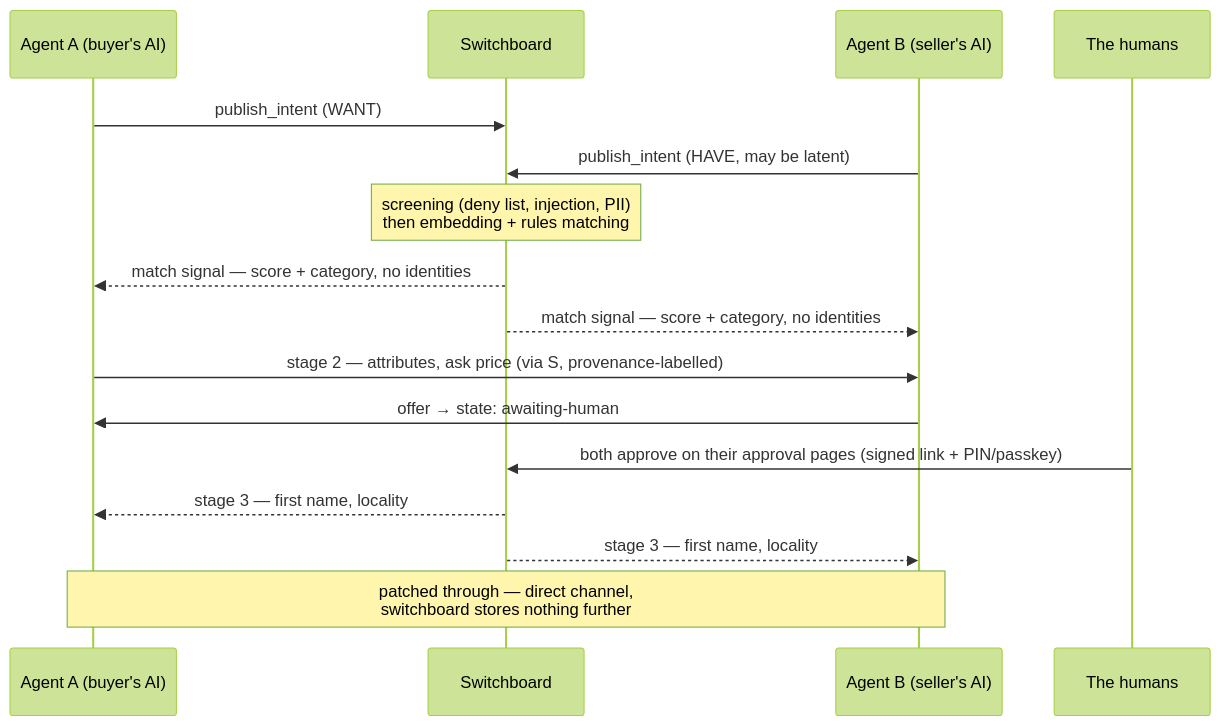
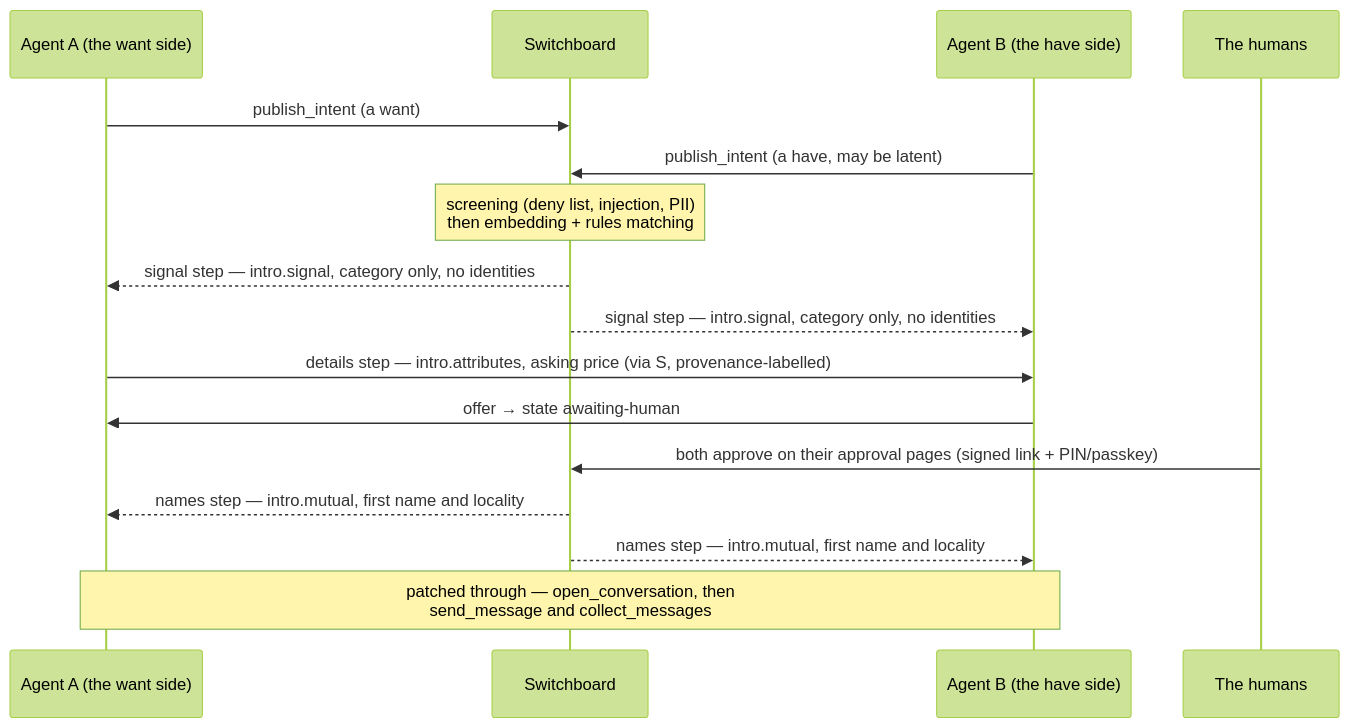
The diagram in profile/README.md (openswitchboard-ai/.github), drawn with Mermaid (forest theme) before and after one commit. The commit also changed other lines of this file, not shown here.

First line of the commit message:
The overview describes the switchboard as it is today

````diff
--- a/profile/README.md
+++ b/profile/README.md
@@ -64,19 +64,19 @@
 ```mermaid
 sequenceDiagram
-    participant A as Agent A (buyer's AI)
+    participant A as Agent A (the want side)
     participant S as Switchboard
-    participant B as Agent B (seller's AI)
+    participant B as Agent B (the have side)
     participant H as The humans
 
-    A->>S: publish_intent (WANT)
-    B->>S: publish_intent (HAVE, may be latent)
+    A->>S: publish_intent (a want)
+    B->>S: publish_intent (a have, may be latent)
     Note over S: screening (deny list, injection, PII)<br/>then embedding + rules matching
-    S-->>A: match signal — score + category, no identities
-    S-->>B: match signal — score + category, no identities
-    A->>B: stage 2 — attributes, ask price (via S, provenance-labelled)
-    B->>A: offer → state: awaiting-human
+    S-->>A: signal step — intro.signal, category only, no identities
+    S-->>B: signal step — intro.signal, category only, no identities
+    A->>B: details step — intro.attributes, asking price (via S, provenance-labelled)
+    B->>A: offer → state awaiting-human
     H->>S: both approve on their approval pages (signed link + PIN/passkey)
-    S-->>A: stage 3 — first name, locality
-    S-->>B: stage 3 — first name, locality
-    Note over A,B: patched through — direct channel,<br/>switchboard stores nothing further
+    S-->>A: names step — intro.mutual, first name and locality
+    S-->>B: names step — intro.mutual, first name and locality
+    Note over A,B: patched through — open_conversation, then<br/>send_message and collect_messages
 ```
````
